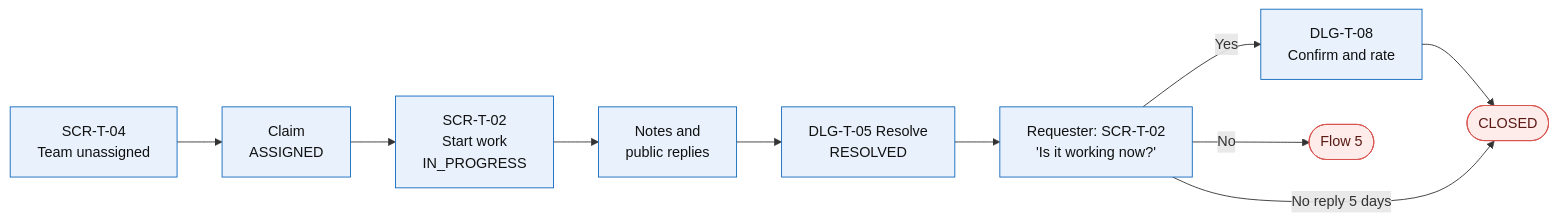
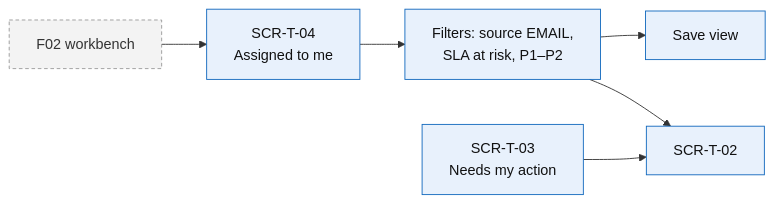
One commit to Akaza-ban/Fable changed the second of 7 diagrams in docs/f03-ticket-management/information-architecture/03-user-flows.md. Above: the diagram before and after it, drawn with Mermaid. The commit also changed other lines of this file and 9 other files, not shown here.

Commit message:
docs: align with mindmap

````diff
--- a/docs/f03-ticket-management/information-architecture/03-user-flows.md
+++ b/docs/f03-ticket-management/information-architecture/03-user-flows.md
@@ -38,17 +47,13 @@
 ```mermaid
 flowchart LR
-    a["SCR-T-04<br/>Team unassigned"] --> b["Claim<br/>ASSIGNED"]
-    b --> c["SCR-T-02<br/>Start work<br/>IN_PROGRESS"]
-    c --> d["Notes and<br/>public replies"]
-    d --> e["DLG-T-05 Resolve<br/>RESOLVED"]
-    e --> f["Requester: SCR-T-02<br/>'Is it working now?'"]
-    f -- "Yes" --> g["DLG-T-08<br/>Confirm and rate"]
-    g --> h(["CLOSED"])
-    f -- "No reply 5 days" --> h
-    f -- "No" --> flow5(["Flow 5"])
+    a["F02 workbench"] --> b["SCR-T-04<br/>Assigned to me"]
+    b --> c["Filters: source EMAIL,<br/>SLA at risk, P1–P2"]
+    c --> d["Save view"]
+    c --> e["SCR-T-02"]
+    f["SCR-T-03<br/>Needs my action"] --> e
 
     classDef f03 fill:#e8f1fc,color:#111,stroke:#1168bd
-    classDef final fill:#fdecea,color:#5a1a14,stroke:#d9534f
-    class a,b,c,d,e,f,g f03
-    class h,flow5 final
+    classDef other fill:#f3f3f3,color:#333,stroke:#999,stroke-dasharray:4 3
+    class b,c,d,e,f f03
+    class a other
 ```
````
